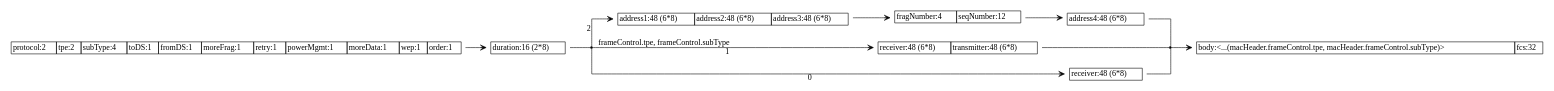
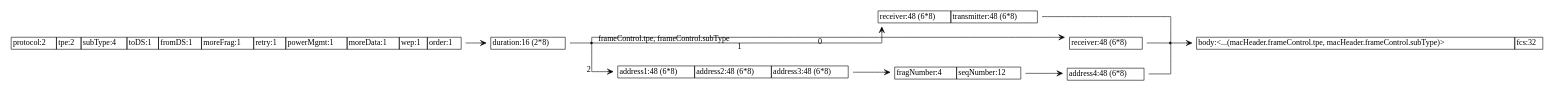
Before and after one commit to sireum/bitcodec-examples: the diagram in src/802_11/union/802.11-union-spec.dot, drawn with Graphviz. The commit also changed 16 other files, not shown here.

```diff
--- a/src/802_11/union/802.11-union-spec.dot
+++ b/src/802_11/union/802.11-union-spec.dot
@@ -1,61 +1,61 @@
 digraph G {
   rankdir = LR;
   graph [splines=ortho];
   node [shape=plaintext];
   edge [arrowhead=vee];
 
   n0 [label=<
     <TABLE BORDER="0" CELLBORDER="1" CELLSPACING="0" TOOLTIP="MacFrame.macHeader.frameControl" HREF="#">
       <TR><TD>protocol:2</TD><TD>tpe:2</TD><TD>subType:4</TD><TD>toDS:1</TD><TD>fromDS:1</TD><TD>moreFrag:1</TD><TD>retry:1</TD><TD>powerMgmt:1</TD><TD>moreData:1</TD><TD>wep:1</TD><TD>order:1</TD></TR>
     </TABLE>
   >];
   n1 [label=<
     <TABLE BORDER="0" CELLBORDER="1" CELLSPACING="0" TOOLTIP="MacFrame.macHeader" HREF="#">
       <TR><TD>duration:16 (2*8)</TD></TR>
     </TABLE>
   >];
   n2 [shape=point];
   n3 [label=<
-    <TABLE BORDER="0" CELLBORDER="1" CELLSPACING="0" TOOLTIP="MacFrame.macHeader.data" HREF="#">
-      <TR><TD>address1:48 (6*8)</TD><TD>address2:48 (6*8)</TD><TD>address3:48 (6*8)</TD></TR>
-    </TABLE>
-  >];
-  n4 [label=<
     <TABLE BORDER="0" CELLBORDER="1" CELLSPACING="0" TOOLTIP="MacFrame.macHeader.receiverTransmitter" HREF="#">
       <TR><TD>receiver:48 (6*8)</TD><TD>transmitter:48 (6*8)</TD></TR>
     </TABLE>
   >];
-  n5 [label=<
+  n4 [label=<
     <TABLE BORDER="0" CELLBORDER="1" CELLSPACING="0" TOOLTIP="MacFrame.macHeader.receiver" HREF="#">
       <TR><TD>receiver:48 (6*8)</TD></TR>
+    </TABLE>
+  >];
+  n5 [label=<
+    <TABLE BORDER="0" CELLBORDER="1" CELLSPACING="0" TOOLTIP="MacFrame.macHeader.data" HREF="#">
+      <TR><TD>address1:48 (6*8)</TD><TD>address2:48 (6*8)</TD><TD>address3:48 (6*8)</TD></TR>
     </TABLE>
   >];
   n6 [shape=point];
   n7 [label=<
     <TABLE BORDER="0" CELLBORDER="1" CELLSPACING="0" TOOLTIP="MacFrame.macHeader.data.seqControl" HREF="#">
       <TR><TD>fragNumber:4</TD><TD>seqNumber:12</TD></TR>
     </TABLE>
   >];
   n8 [label=<
     <TABLE BORDER="0" CELLBORDER="1" CELLSPACING="0" TOOLTIP="MacFrame" HREF="#">
       <TR><TD>body:&lt;...(macHeader.frameControl.tpe, macHeader.frameControl.subType)&gt;</TD><TD>fcs:32</TD></TR>
     </TABLE>
   >];
   n9 [label=<
     <TABLE BORDER="0" CELLBORDER="1" CELLSPACING="0" TOOLTIP="MacFrame.macHeader.data" HREF="#">
       <TR><TD>address4:48 (6*8)</TD></TR>
     </TABLE>
   >];
 
   n0 -> n1;
   n1 -> n2 [arrowhead=none, xlabel="frameControl.tpe, frameControl.subType", tooltip="p => p match {&#013;  case /* CTS */ (Frame.Control, u4\"0xC\") => 0&#013;  case /* RTS */ (Frame.Control, u4\"0xB\") => 1&#013;  case /* Data */ (Frame.Data, _) => 2&#013;  case _ => -1 // error&#013;}", href="#"];
-  n2 -> n3 [xlabel="2"];
-  n2 -> n4 [xlabel="1"];
-  n2 -> n5 [xlabel="0"];
-  n5 -> n6 [arrowhead=none];
+  n2 -> n3 [xlabel="1"];
+  n2 -> n4 [xlabel="0"];
+  n2 -> n5 [xlabel="2"];
+  n3 -> n6 [arrowhead=none];
   n4 -> n6 [arrowhead=none];
   n9 -> n6 [arrowhead=none];
-  n3 -> n7;
+  n5 -> n7;
   n6 -> n8;
   n7 -> n9;
 }
```
